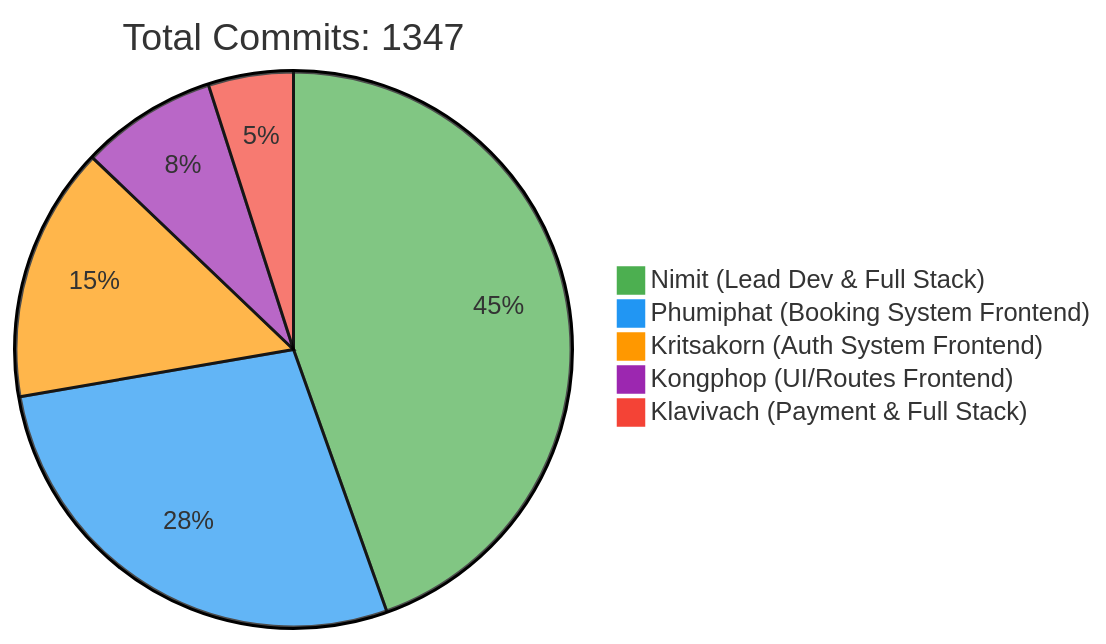
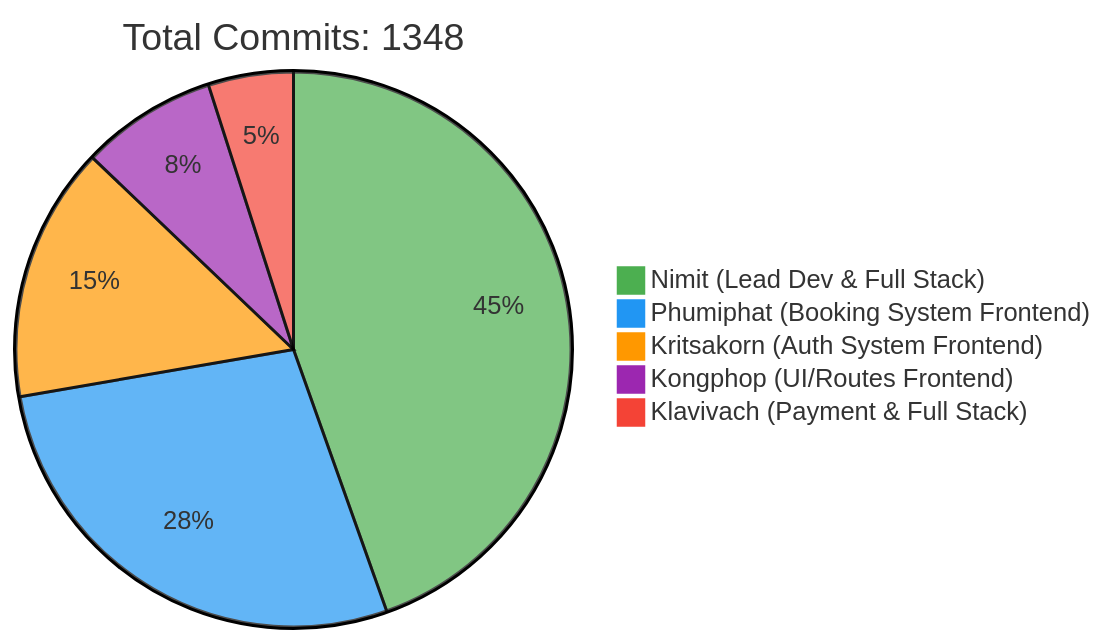
The first of 2 diagrams in README.md (6531503042/Sport-Complex), drawn with Mermaid before and after one commit. The commit also changed other lines of this file, not shown here.

Commit message:
docs: Update contributor statistics [skip ci]

````diff
--- a/README.md
+++ b/README.md
@@ -257,10 +257,10 @@
 ```mermaid
 %%{init: {'theme': 'base', 'themeVariables': { 'pie1': '#4CAF50', 'pie2': '#2196F3', 'pie3': '#FF9800', 'pie4': '#9C27B0', 'pie5': '#F44336'}}}%%
 pie
-    title Total Commits: 1347
+    title Total Commits: 1348
     "Nimit (Lead Dev & Full Stack)" : 450
     "Phumiphat (Booking System Frontend)" : 280
     "Kritsakorn (Auth System Frontend)" : 150
     "Kongphop (UI/Routes Frontend)" : 80
     "Klavivach (Payment & Full Stack)" : 50
 ```
````
